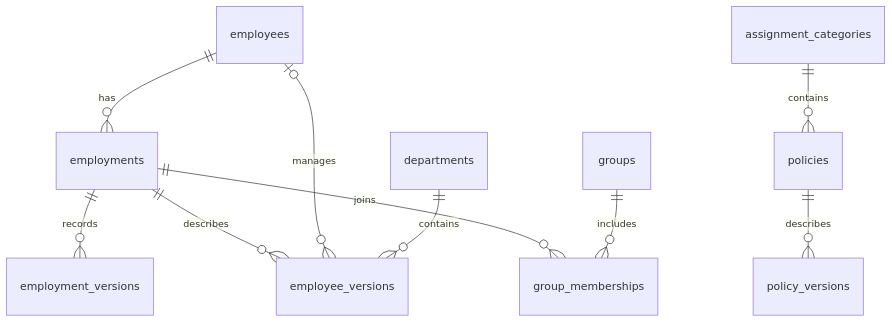
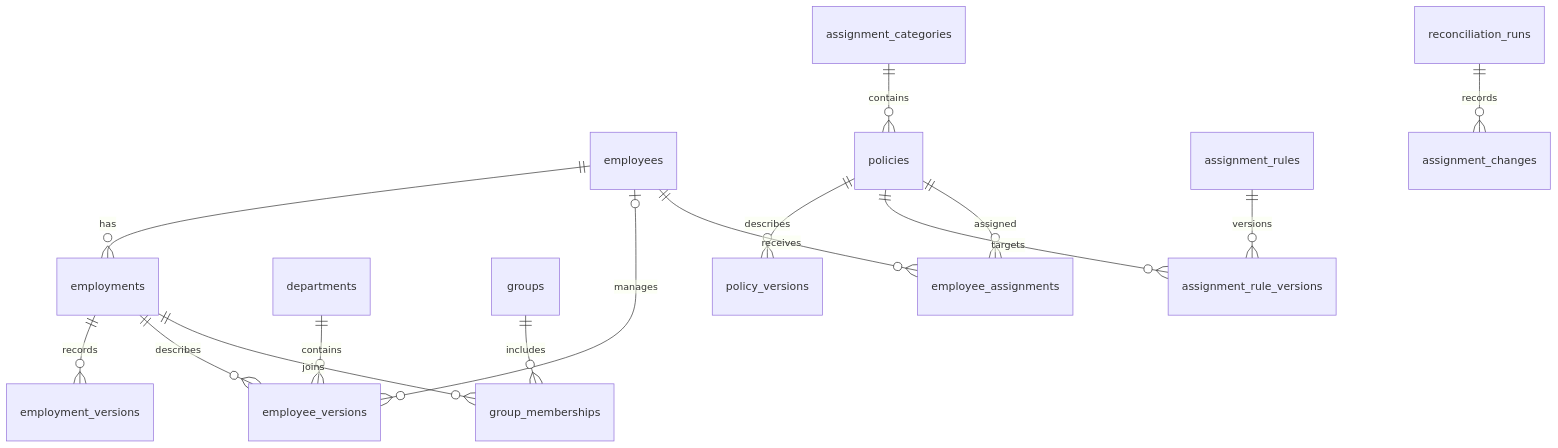
One commit to yarora21/warping changed the second of 2 diagrams in docs/architecture.md. Above: the diagram before and after it, drawn with Mermaid. The commit also changed other lines of this file and 17 other files, not shown here.

Commit message:
Implement explainable assignment resolver and complete timelines

````diff
--- a/docs/architecture.md
+++ b/docs/architecture.md
@@ -17,12 +21,17 @@
 ```mermaid
 erDiagram
     employees ||--o{ employments : has
     employments ||--o{ employment_versions : records
     employments ||--o{ employee_versions : describes
     employees o|--o{ employee_versions : manages
     departments ||--o{ employee_versions : contains
     employments ||--o{ group_memberships : joins
     groups ||--o{ group_memberships : includes
     assignment_categories ||--o{ policies : contains
     policies ||--o{ policy_versions : describes
+    assignment_rules ||--o{ assignment_rule_versions : versions
+    policies ||--o{ assignment_rule_versions : targets
+    employees ||--o{ employee_assignments : receives
+    policies ||--o{ employee_assignments : assigned
+    reconciliation_runs ||--o{ assignment_changes : records
 ```
````
